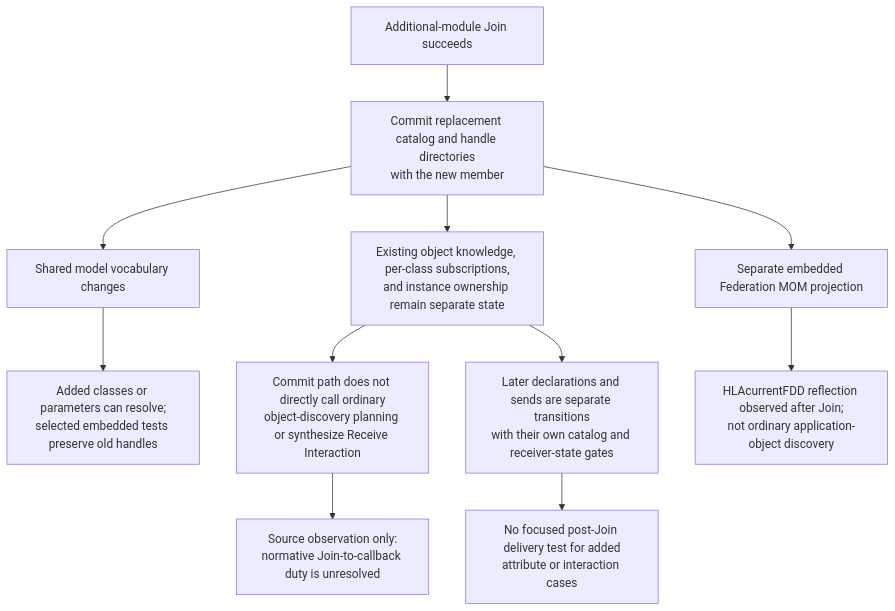
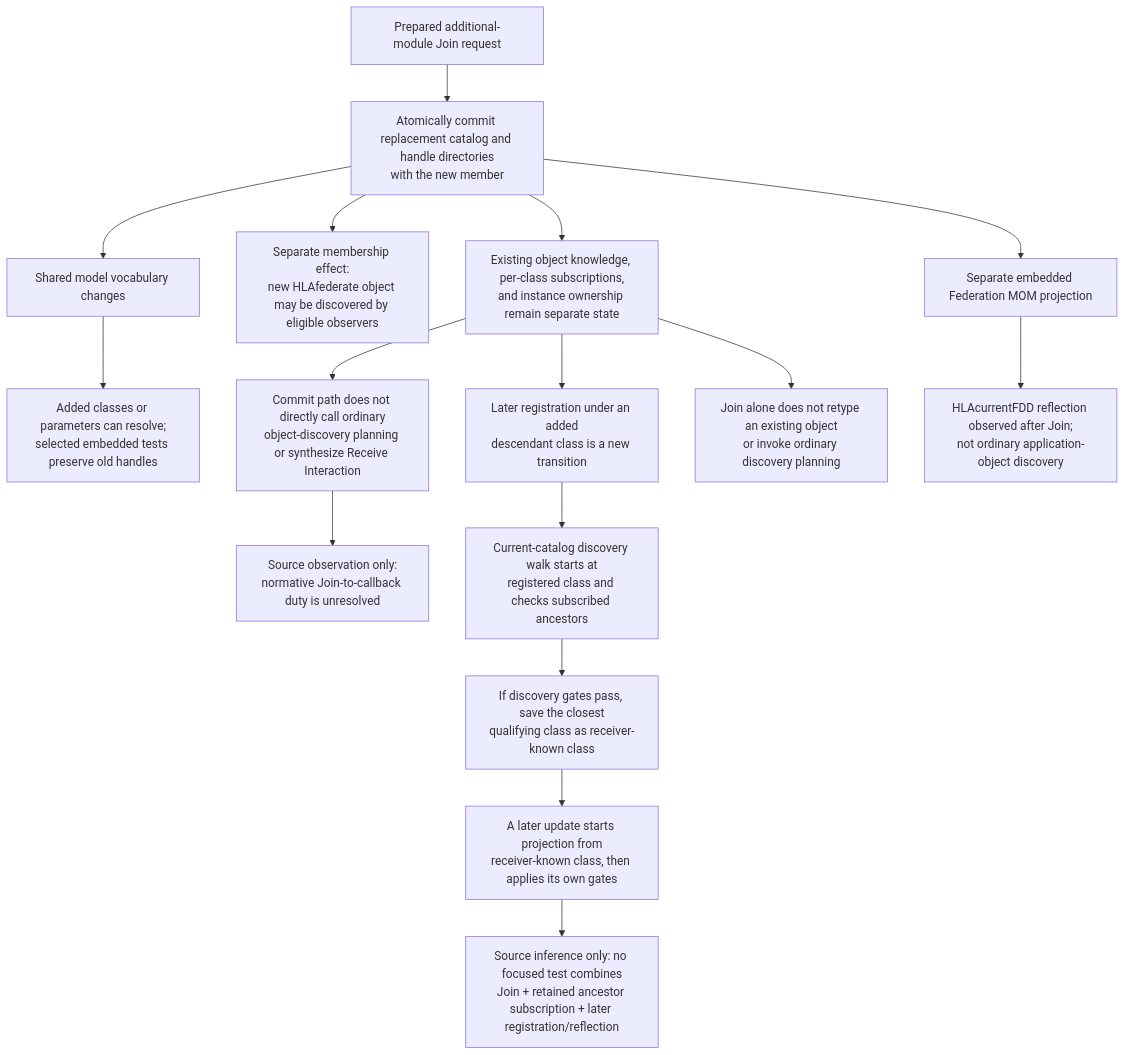
One commit to sheepfling/umbra changed the sixth of 8 diagrams in docs/design/HLA-2025-FOM-MODULE-ADMISSION-AND-COMPOSITION-FLOW-GUIDE.md. Above: the diagram before and after it, drawn with Mermaid. The commit also changed other lines of this file and 668 other files, not shown here.

````diff
--- a/docs/design/HLA-2025-FOM-MODULE-ADMISSION-AND-COMPOSITION-FLOW-GUIDE.md
+++ b/docs/design/HLA-2025-FOM-MODULE-ADMISSION-AND-COMPOSITION-FLOW-GUIDE.md
@@ -323,15 +555,20 @@
 ```mermaid
 flowchart TB
   accTitle: Additional-module Join changes model vocabulary, not automatically live application-object state
-  accDescr: The selected 2025 sources show a model-and-membership commit, new catalog lookup, retained object knowledge and declarations, a separate Federation MOM reflection, and an unresolved normative callback question.
-  Join["Additional-module Join succeeds"] --> Commit["Commit replacement catalog and handle directories<br/>with the new member"]
+  accDescr: The selected 2025 sources show atomic model-and-membership replacement, retained object knowledge and class-keyed declarations, later registration and discovery through the updated catalog, distinct membership-driven HLAfederate discovery and Federation MOM reflection paths, and an unresolved post-Join application-object test and normative callback question.
+  Join["Prepared additional-module Join request"] --> Commit["Atomically commit replacement catalog and handle directories<br/>with the new member"]
   Commit --> Catalog["Shared model vocabulary changes"]
   Catalog --> Lookup["Added classes or parameters can resolve;<br/>selected embedded tests preserve old handles"]
+  Commit --> MemberMOM["Separate membership effect:<br/>new HLAfederate object may be discovered by eligible observers"]
   Commit --> Runtime["Existing object knowledge, per-class subscriptions,<br/>and instance ownership remain separate state"]
   Runtime --> NoCallback["Commit path does not directly call ordinary<br/>object-discovery planning or synthesize Receive Interaction"]
   NoCallback --> Normative["Source observation only:<br/>normative Join-to-callback duty is unresolved"]
   Commit --> Mom["Separate embedded Federation MOM projection"]
   Mom --> Reflection["HLAcurrentFDD reflection observed after Join;<br/>not ordinary application-object discovery"]
-  Runtime --> Later["Later declarations and sends are separate transitions<br/>with their own catalog and receiver-state gates"]
-  Later --> Gap["No focused post-Join delivery test for added<br/>attribute or interaction cases"]
+  Runtime --> LaterReg["Later registration under an added<br/>descendant class is a new transition"]
+  LaterReg --> Resolve["Current-catalog discovery walk starts at<br/>registered class and checks subscribed ancestors"]
+  Resolve --> Known["If discovery gates pass, save the closest<br/>qualifying class as receiver-known class"]
+  Known --> LaterValue["A later update starts projection from<br/>receiver-known class, then applies its own gates"]
+  LaterValue --> Gap["Source inference only: no focused test combines<br/>Join + retained ancestor subscription + later registration/reflection"]
+  Runtime --> OldInstance["Join alone does not retype an existing object<br/>or invoke ordinary discovery planning"]
 ```
````
